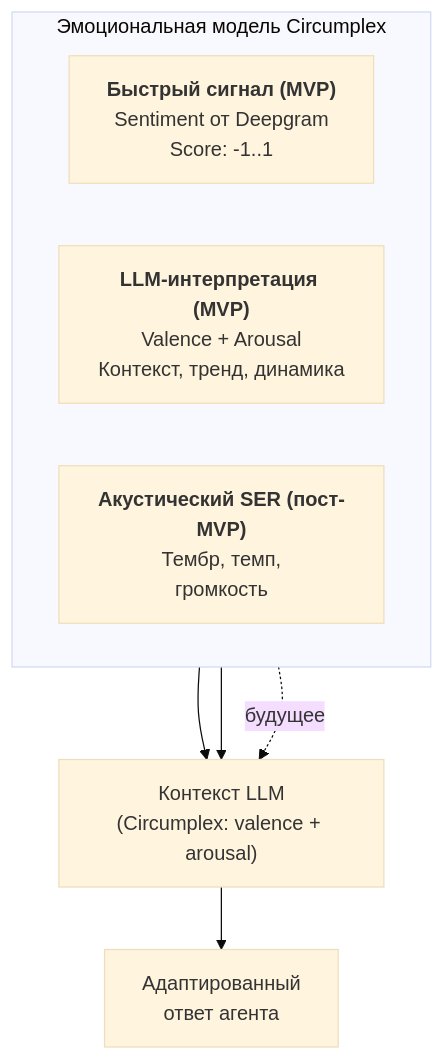
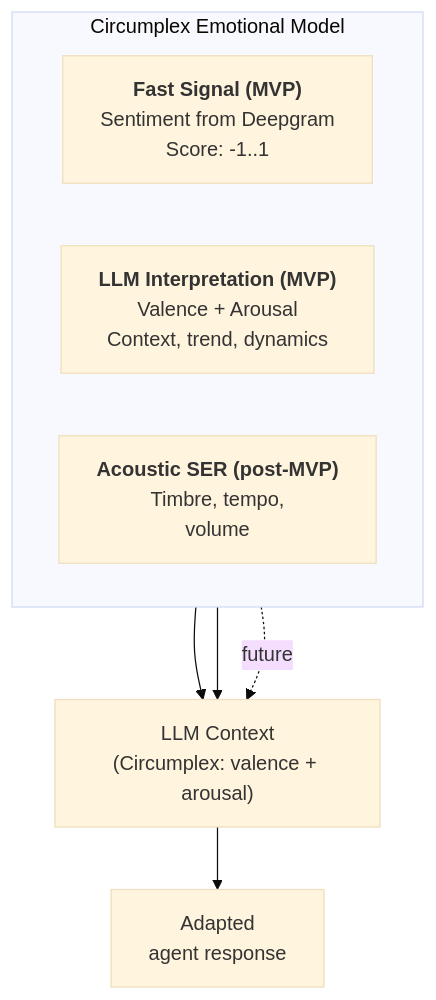
One commit to itechmeat/twype-voice changed the second of 2 diagrams in docs/about.md. Above: the diagram before and after it, drawn with Mermaid (base theme). The commit also changed other lines of this file and 30 other files, not shown here.

````diff
--- a/docs/about.md
+++ b/docs/about.md
@@ -212,15 +212,15 @@
 ```mermaid
 flowchart TB
-    subgraph "Эмоциональная модель Circumplex"
+    subgraph "Circumplex Emotional Model"
         direction LR
-        L1["<b>Быстрый сигнал (MVP)</b><br/>Sentiment от Deepgram<br/>Score: -1..1"]
-        L2["<b>LLM-интерпретация (MVP)</b><br/>Valence + Arousal<br/>Контекст, тренд, динамика"]
-        L3["<b>Акустический SER (пост-MVP)</b><br/>Тембр, темп,<br/>громкость"]
+        L1["<b>Fast Signal (MVP)</b><br/>Sentiment from Deepgram<br/>Score: -1..1"]
+        L2["<b>LLM Interpretation (MVP)</b><br/>Valence + Arousal<br/>Context, trend, dynamics"]
+        L3["<b>Acoustic SER (post-MVP)</b><br/>Timbre, tempo,<br/>volume"]
     end
 
-    L1 --> CONTEXT["Контекст LLM<br/>(Circumplex: valence + arousal)"]
+    L1 --> CONTEXT["LLM Context<br/>(Circumplex: valence + arousal)"]
     L2 --> CONTEXT
-    L3 -.->|"будущее"| CONTEXT
+    L3 -.->|"future"| CONTEXT
 
-    CONTEXT --> RESPONSE["Адаптированный<br/>ответ агента"]
+    CONTEXT --> RESPONSE["Adapted<br/>agent response"]
 ```
````
